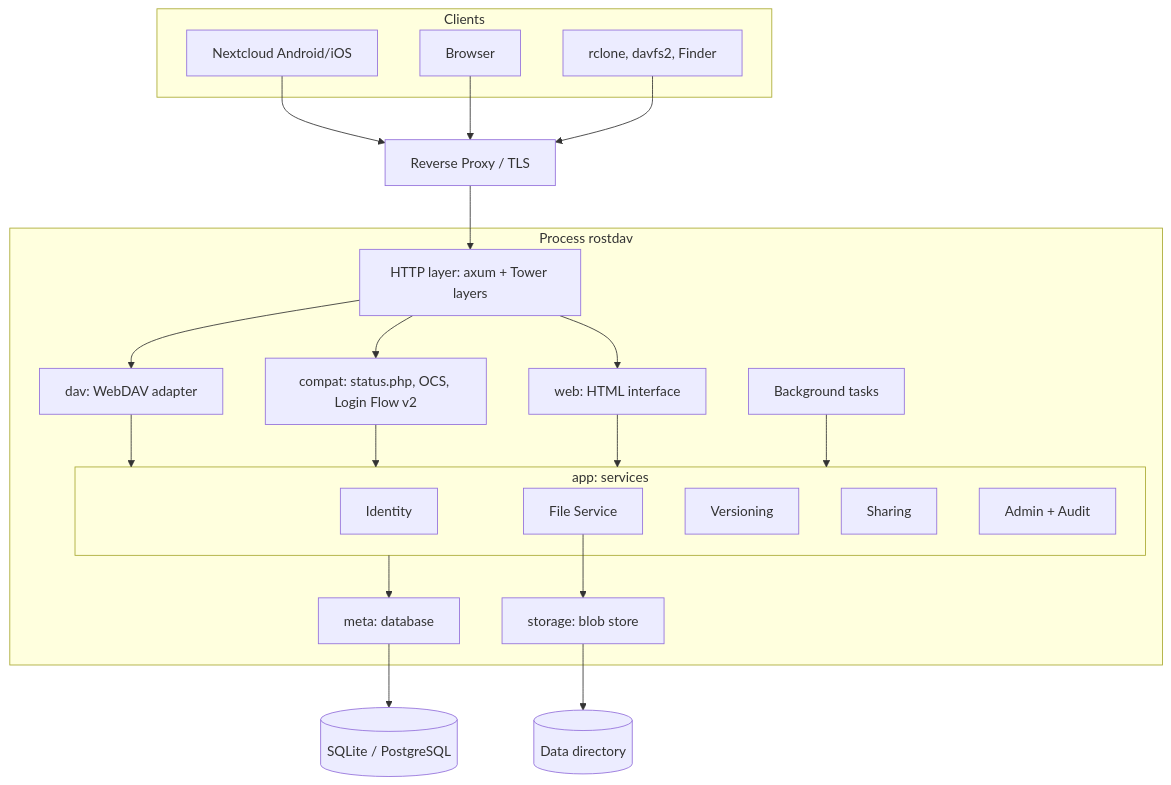
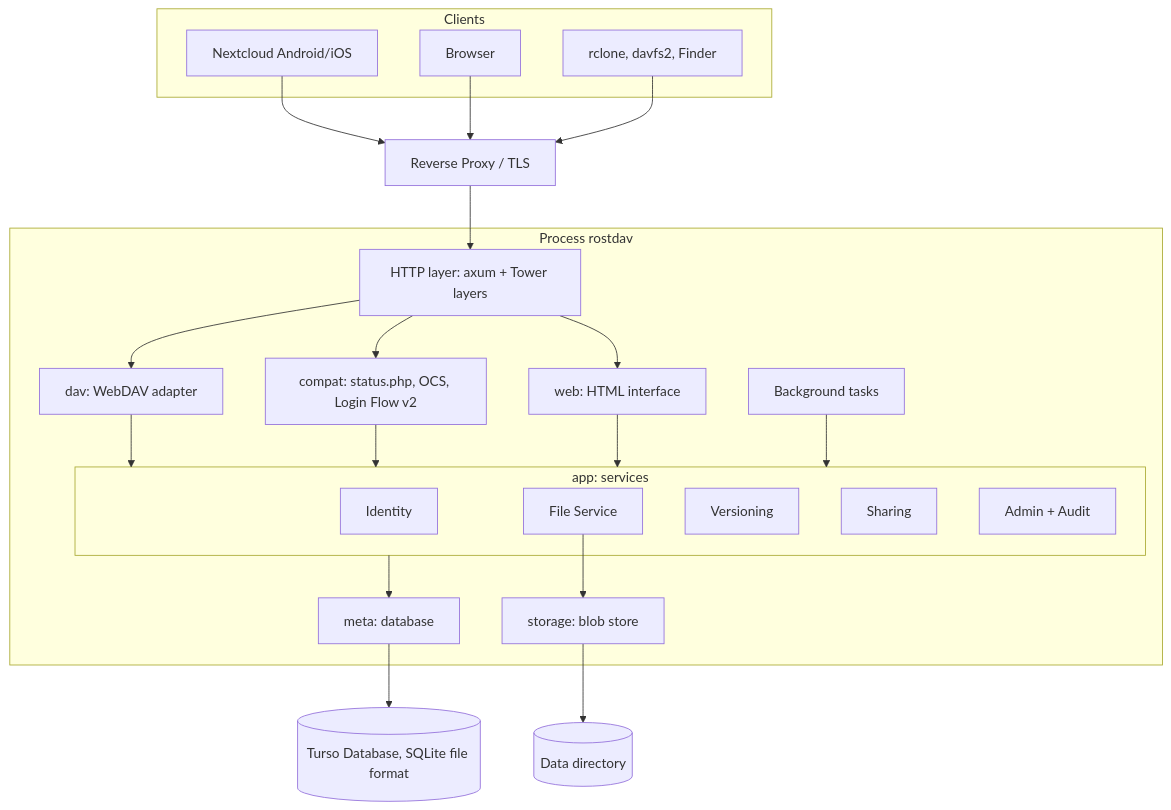
One commit to pierrejochem/rostdav changed the diagram in docs/architecture.md. Above: the diagram before and after it, drawn with Mermaid. The commit also changed other lines of this file and 17 other files, not shown here.

````diff
--- a/docs/architecture.md
+++ b/docs/architecture.md
@@ -9,31 +9,31 @@
 ```mermaid
 flowchart TB
   subgraph Clients
     A[Nextcloud Android/iOS]
     B[Browser]
     C[rclone, davfs2, Finder]
   end
   RP[Reverse Proxy / TLS]
   A & B & C --> RP --> HTTP
 
   subgraph rostdav[Process rostdav]
     HTTP[HTTP layer: axum + Tower layers]
     HTTP --> DAV[dav: WebDAV adapter]
     HTTP --> COMPAT[compat: status.php, OCS, Login Flow v2]
     HTTP --> WEB[web: HTML interface]
     DAV & COMPAT & WEB --> APP
 
     subgraph APP[app: services]
       ID[Identity]
       FS[File Service]
       VER[Versioning]
       SH[Sharing]
       ADM[Admin + Audit]
     end
     APP --> META[meta: database]
     FS --> STORE[storage: blob store]
     JOBS[Background tasks] --> APP
   end
-  META --> DB[(SQLite / PostgreSQL)]
+  META --> DB[(Turso Database, SQLite file format)]
   STORE --> DISK[(Data directory)]
 ```
````
